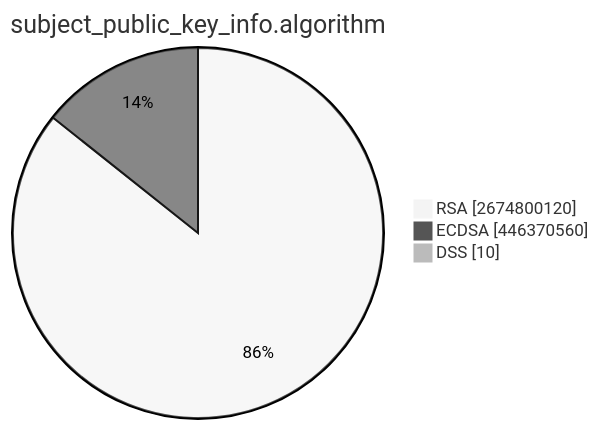
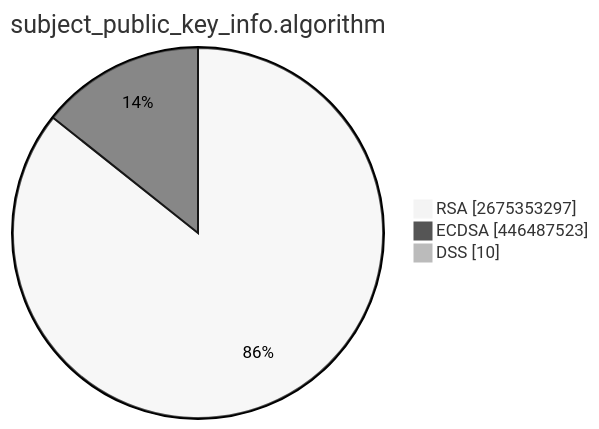
Before and after one commit to christiankrug/ctmonitor_visualization: the second of 15 diagrams in TOTAL/README.md, drawn with Mermaid (neutral theme). The commit also changed other lines of this file, not shown here.

````diff
--- a/TOTAL/README.md
+++ b/TOTAL/README.md
@@ -6,7 +6,7 @@
 ```mermaid
 pie showData
 title subject_public_key_info.algorithm
-"RSA" :2674800120
-"ECDSA" :446370560
+"RSA" :2675353297
+"ECDSA" :446487523
 "DSS" :10
 ```
````
